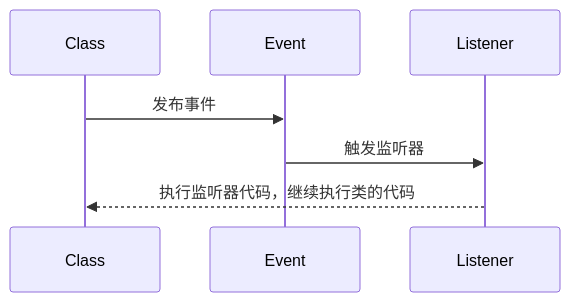
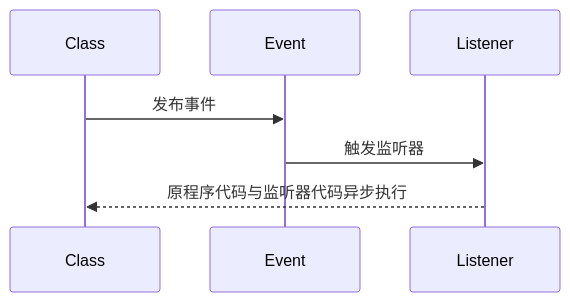
Before and after one commit to poppop9/obsidian: the diagram in 计算机/JavaWeb/后端/SpringBoot/SpringBoot 原理/2.md, drawn with Mermaid. The commit also changed other lines of this file and 2 other files, not shown here.

````diff
--- a/计算机/JavaWeb/后端/SpringBoot/SpringBoot 原理/2.md
+++ b/计算机/JavaWeb/后端/SpringBoot/SpringBoot 原理/2.md
@@ -80,9 +89,9 @@
 ```mermaid
 sequenceDiagram
     participant 类 as Class
     participant 事件 as Event
     participant 监听器 as Listener
     类->>事件: 发布事件
     事件->>监听器: 触发监听器
-    监听器-->>类: 执行监听器代码，继续执行类的代码
+    监听器-->>类: 原程序代码与监听器代码异步执行
 ```
````
